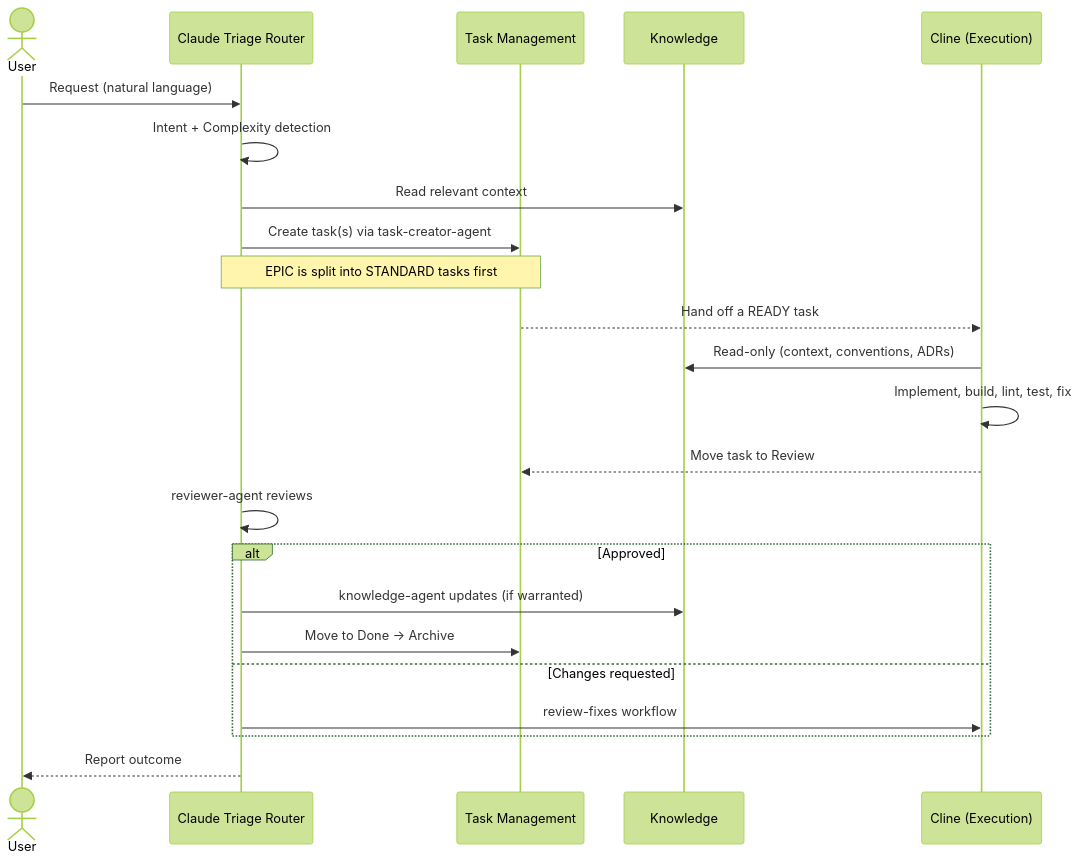
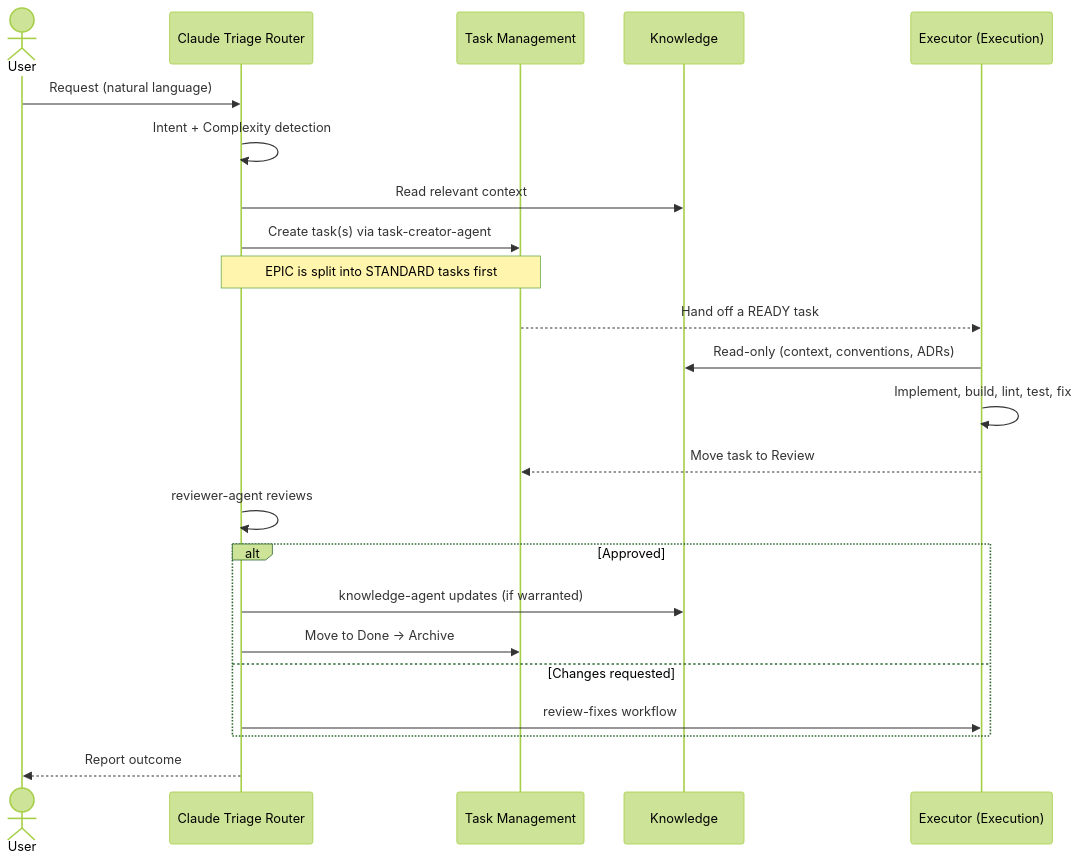
Before and after one commit to Vtquan123/strix: the second of 2 diagrams in reference/workflow/README.md, drawn with Mermaid (forest theme). The commit also changed other lines of this file and 95 other files, not shown here.

````diff
--- a/reference/workflow/README.md
+++ b/reference/workflow/README.md
@@ -58,26 +58,26 @@
 ```mermaid
 sequenceDiagram
     actor User
     participant Router as Claude Triage Router
     participant Tasks as Task Management
     participant Know as Knowledge
-    participant Cline as Cline (Execution)
+    participant Executor as Executor (Execution)
 
     User->>Router: Request (natural language)
     Router->>Router: Intent + Complexity detection
     Router->>Know: Read relevant context
     Router->>Tasks: Create task(s) via task-creator-agent
     Note over Router,Tasks: EPIC is split into STANDARD tasks first
-    Tasks-->>Cline: Hand off a READY task
-    Cline->>Know: Read-only (context, conventions, ADRs)
-    Cline->>Cline: Implement, build, lint, test, fix
-    Cline-->>Tasks: Move task to Review
+    Tasks-->>Executor: Hand off a READY task
+    Executor->>Know: Read-only (context, conventions, ADRs)
+    Executor->>Executor: Implement, build, lint, test, fix
+    Executor-->>Tasks: Move task to Review
     Router->>Router: reviewer-agent reviews
     alt Approved
         Router->>Know: knowledge-agent updates (if warranted)
         Router->>Tasks: Move to Done -> Archive
     else Changes requested
-        Router->>Cline: review-fixes workflow
+        Router->>Executor: review-fixes workflow
     end
     Router-->>User: Report outcome
 ```
````
